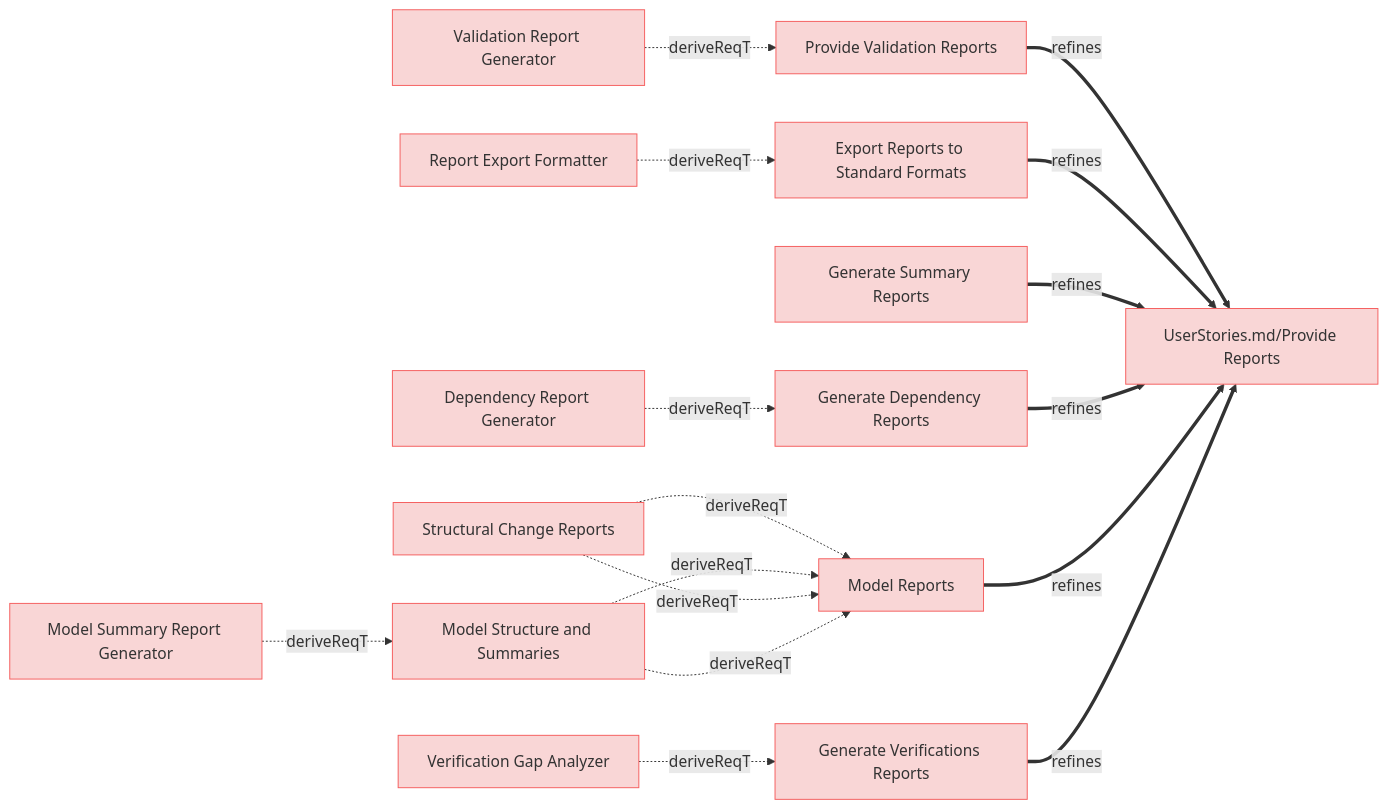
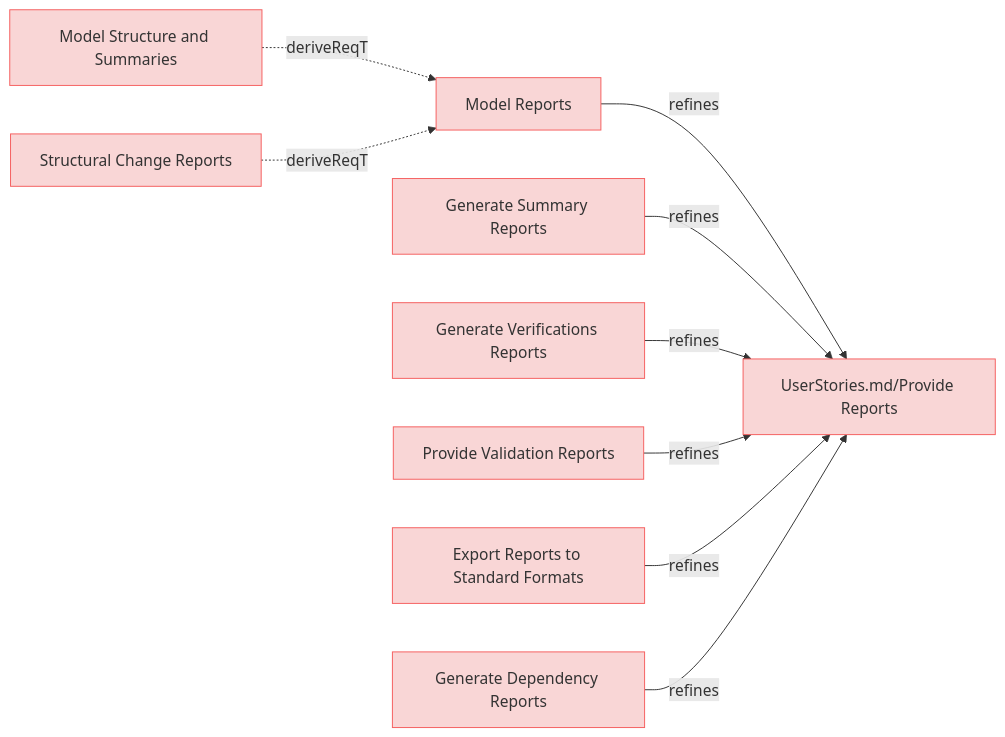
Before and after one commit to reqvire-org/reqvire: the fifth of 9 diagrams in specifications/UserRequirements.md, drawn with Mermaid. The commit also changed other lines of this file and 65 other files, not shown here.

Commit message:
Diagram generation bug fix: there were opposite relations included.

````diff
--- a/specifications/UserRequirements.md
+++ b/specifications/UserRequirements.md
@@ -471,66 +369,44 @@
 ```mermaid
 graph LR;
   %% Graph styling
   classDef requirement fill:#f9d6d6,stroke:#f55f5f,stroke-width:1px;
   classDef verification fill:#d6f9d6,stroke:#5fd75f,stroke-width:1px;
   classDef externalLink fill:#d0e0ff,stroke:#3080ff,stroke-width:1px;
   classDef default fill:#f5f5f5,stroke:#333333,stroke-width:1px;
 
-  32850509a0["Structural Change Reports"];
-  click 32850509a0 "UserRequirements.md#structural-change-reports";
-  class 32850509a0 requirement;
-  f8e7625d29["Model Reports"];
-  class f8e7625d29 requirement;
-  click f8e7625d29 "UserRequirements.md#model-reports";
-  32850509a0 -.->|deriveReqT| f8e7625d29;
-  482c757913["Provide Validation Reports"];
-  click 482c757913 "UserRequirements.md#provide-validation-reports";
-  class 482c757913 requirement;
-  fe32882ee2["UserStories.md/Provide Reports"];
-  class fe32882ee2 requirement;
-  click fe32882ee2 "UserStories.md#provide-reports";
-  482c757913 ==>|refines| fe32882ee2;
-  143766be8c["Validation Report Generator"];
-  class 143766be8c requirement;
-  click 143766be8c "SystemRequirements/Requirements.md#validation-report-generator";
-  143766be8c -.->|deriveReqT| 482c757913;
-  b342220e0d["Model Structure and Summaries"];
-  click b342220e0d "UserRequirements.md#model-structure-and-summaries";
-  class b342220e0d requirement;
-  b342220e0d -.->|deriveReqT| f8e7625d29;
-  cccd4e46e2["Model Summary Report Generator"];
-  class cccd4e46e2 requirement;
-  click cccd4e46e2 "SystemRequirements/Requirements.md#model-summary-report-generator";
-  cccd4e46e2 -.->|deriveReqT| b342220e0d;
-  2afa7f3a20["Export Reports to Standard Formats"];
-  click 2afa7f3a20 "UserRequirements.md#export-reports-to-standard-formats";
-  class 2afa7f3a20 requirement;
-  2afa7f3a20 ==>|refines| fe32882ee2;
-  2ccb7e5510["Report Export Formatter"];
-  class 2ccb7e5510 requirement;
-  click 2ccb7e5510 "SystemRequirements/Requirements.md#report-export-formatter";
-  2ccb7e5510 -.->|deriveReqT| 2afa7f3a20;
-  596c459d31["Generate Summary Reports"];
-  click 596c459d31 "UserRequirements.md#generate-summary-reports";
-  class 596c459d31 requirement;
-  596c459d31 ==>|refines| fe32882ee2;
-  812d42f453["Generate Dependency Reports"];
-  click 812d42f453 "UserRequirements.md#generate-dependency-reports";
-  class 812d42f453 requirement;
-  812d42f453 ==>|refines| fe32882ee2;
-  57cbef16c5["Dependency Report Generator"];
-  class 57cbef16c5 requirement;
-  click 57cbef16c5 "SystemRequirements/Requirements.md#dependency-report-generator";
-  57cbef16c5 -.->|deriveReqT| 812d42f453;
-  f8e7625d29 ==>|refines| fe32882ee2;
-  32850509a0 -.->|deriveReqT| f8e7625d29;
-  b342220e0d -.->|deriveReqT| f8e7625d29;
-  d0e9e8d143["Generate Verifications Reports"];
-  click d0e9e8d143 "UserRequirements.md#generate-verifications-reports";
-  class d0e9e8d143 requirement;
-  d0e9e8d143 ==>|refines| fe32882ee2;
-  d842bc0e30["Verification Gap Analyzer"];
-  class d842bc0e30 requirement;
-  click d842bc0e30 "SystemRequirements/Requirements.md#verification-gap-analyzer";
-  d842bc0e30 -.->|deriveReqT| d0e9e8d143;
+  b342220e0dc8751d["Model Structure and Summaries"];
+  click b342220e0dc8751d "UserRequirements.md#model-structure-and-summaries";
+  class b342220e0dc8751d requirement;
+  f8e7625d29ff6e01["Model Reports"];
+  class f8e7625d29ff6e01 requirement;
+  click f8e7625d29ff6e01 "UserRequirements.md#model-reports";
+  b342220e0dc8751d -.->|deriveReqT| f8e7625d29ff6e01;
+  32850509a034b0ee["Structural Change Reports"];
+  click 32850509a034b0ee "UserRequirements.md#structural-change-reports";
+  class 32850509a034b0ee requirement;
+  32850509a034b0ee -.->|deriveReqT| f8e7625d29ff6e01;
+  fe32882ee273e24d["UserStories.md/Provide Reports"];
+  class fe32882ee273e24d requirement;
+  click fe32882ee273e24d "UserStories.md#provide-reports";
+  f8e7625d29ff6e01 -->|refines| fe32882ee273e24d;
+  596c459d31db2976["Generate Summary Reports"];
+  click 596c459d31db2976 "UserRequirements.md#generate-summary-reports";
+  class 596c459d31db2976 requirement;
+  596c459d31db2976 -->|refines| fe32882ee273e24d;
+  d0e9e8d143493413["Generate Verifications Reports"];
+  click d0e9e8d143493413 "UserRequirements.md#generate-verifications-reports";
+  class d0e9e8d143493413 requirement;
+  d0e9e8d143493413 -->|refines| fe32882ee273e24d;
+  482c757913204fb8["Provide Validation Reports"];
+  click 482c757913204fb8 "UserRequirements.md#provide-validation-reports";
+  class 482c757913204fb8 requirement;
+  482c757913204fb8 -->|refines| fe32882ee273e24d;
+  2afa7f3a206a61b7["Export Reports to Standard Formats"];
+  click 2afa7f3a206a61b7 "UserRequirements.md#export-reports-to-standard-formats";
+  class 2afa7f3a206a61b7 requirement;
+  2afa7f3a206a61b7 -->|refines| fe32882ee273e24d;
+  812d42f453051272["Generate Dependency Reports"];
+  click 812d42f453051272 "UserRequirements.md#generate-dependency-reports";
+  class 812d42f453051272 requirement;
+  812d42f453051272 -->|refines| fe32882ee273e24d;
 ```
````
